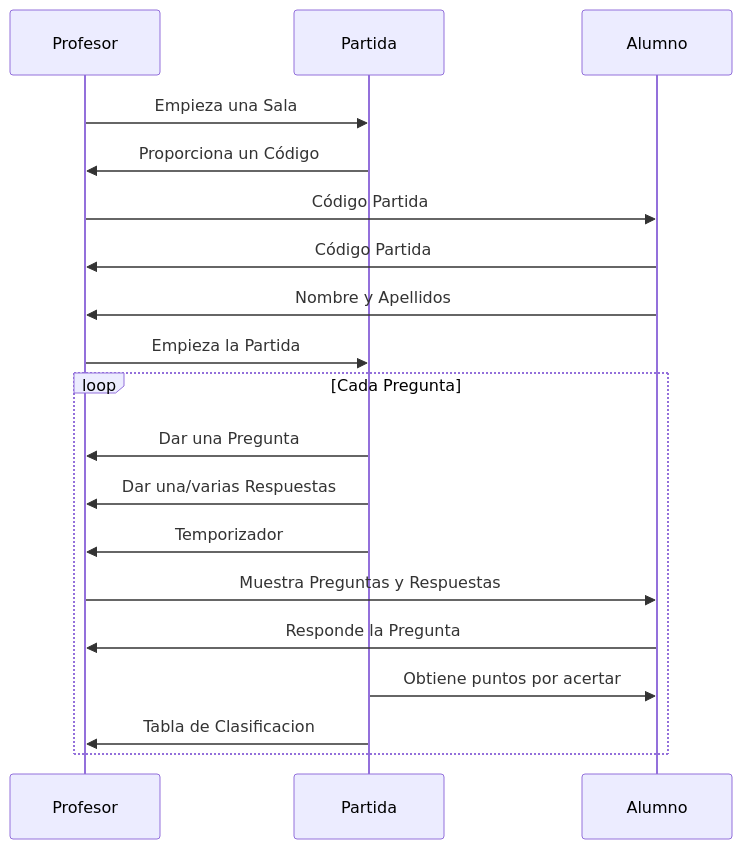
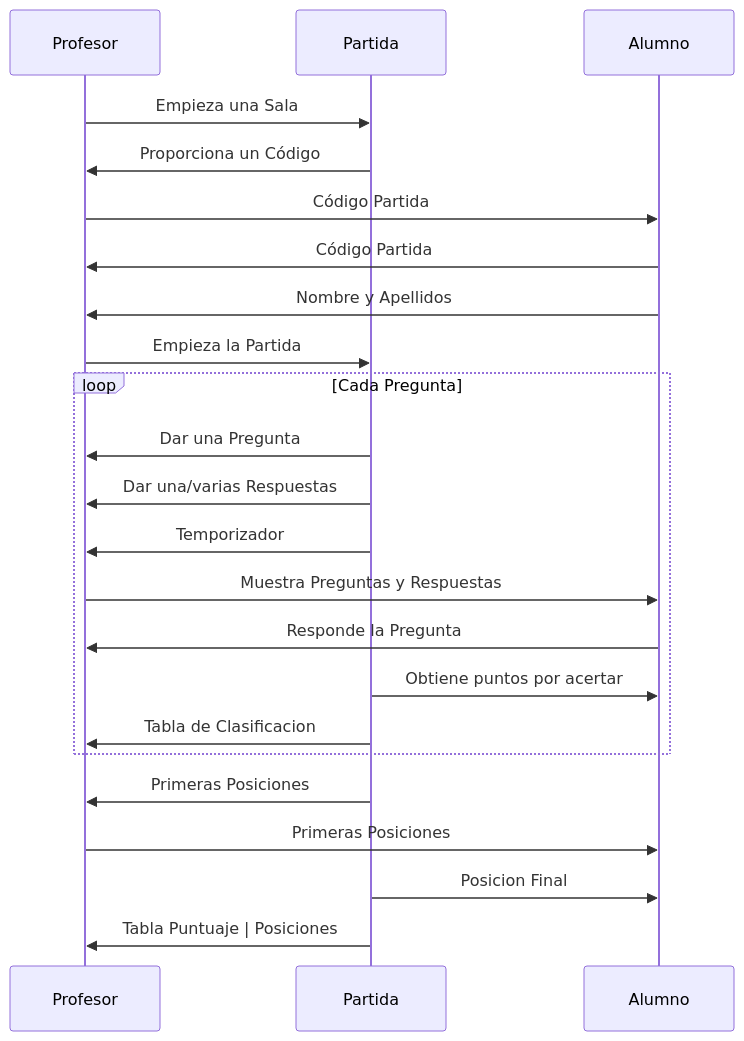
One commit to MyNameIsAlecs/Kahoot-UML changed the diagram in README.md. Above: the diagram before and after it, drawn with Mermaid.

````diff
--- a/README.md
+++ b/README.md
@@ -32,19 +32,23 @@
 ```mermaid
     sequenceDiagram
     Profesor ->> Partida : Empieza una Sala
     Partida ->> Profesor : Proporciona un Código
     Profesor ->> Alumno : Código Partida
     Alumno ->> Profesor : Código Partida
     Alumno ->> Profesor : Nombre y Apellidos
     Profesor ->> Partida : Empieza la Partida
     loop Cada Pregunta
     Partida ->> Profesor : Dar una Pregunta
     Partida ->> Profesor : Dar una/varias Respuestas
     Partida ->> Profesor : Temporizador
     Profesor ->> Alumno : Muestra Preguntas y Respuestas
     Alumno ->> Profesor : Responde la Pregunta
     Partida ->> Alumno : Obtiene puntos por acertar
     Partida ->> Profesor: Tabla de Clasificacion
     end
+    Partida ->> Profesor : Primeras Posiciones
+    Profesor ->> Alumno : Primeras Posiciones
+    Partida ->> Alumno : Posicion Final
+    Partida ->> Profesor : Tabla Puntuaje | Posiciones
 
 ```
````
